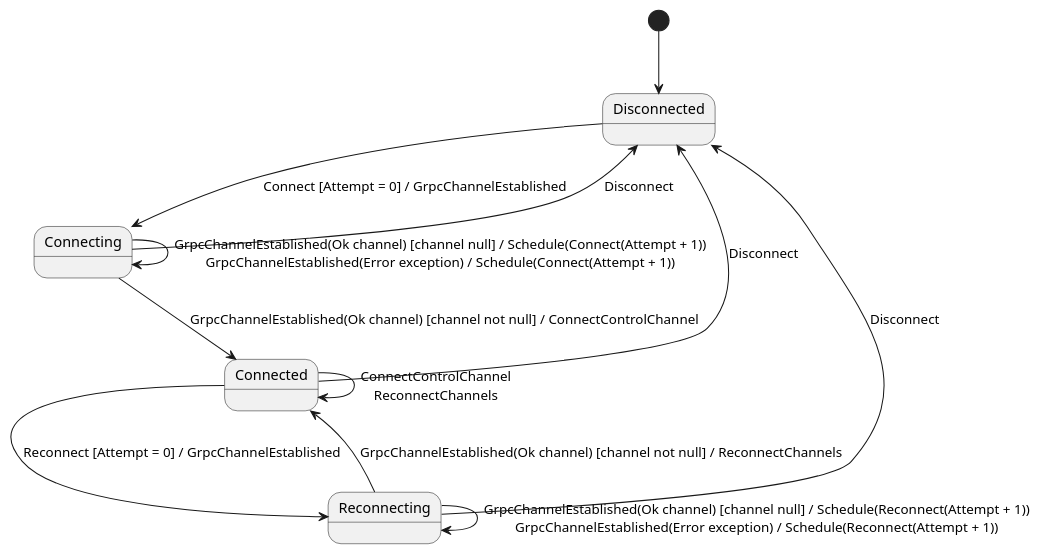
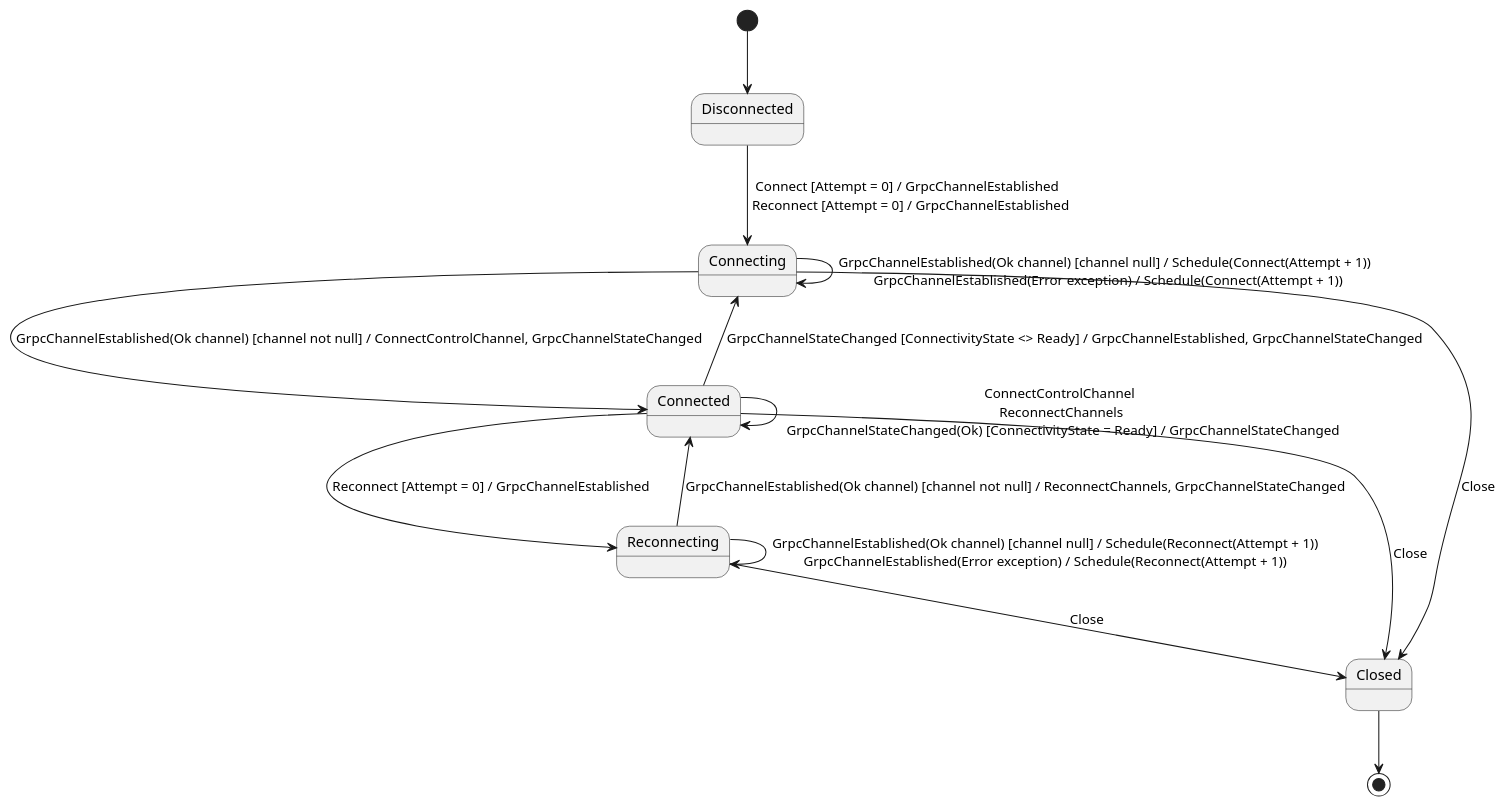
Before and after one commit to AxonIQ/axonserver-connector-dotnet: the diagram in src/AxonIQ.AxonServer.Connector/AxonServerConnectionMachine.plantuml, drawn with PlantUML. The commit also changed 39 other files, not shown here.

```diff
--- a/src/AxonIQ.AxonServer.Connector/AxonServerConnectionMachine.plantuml
+++ b/src/AxonIQ.AxonServer.Connector/AxonServerConnectionMachine.plantuml
@@ -1,13 +1,15 @@
-@startuml AxonServerConnection Statemachine
+@startuml AxonServerConnection state machine
 [*] --> Disconnected
-Disconnected --> Connecting: Connect [Attempt = 0] / GrpcChannelEstablished
-Connecting --> Connected: GrpcChannelEstablished(Ok channel) [channel not null] / ConnectControlChannel
-Connecting --> Connecting: GrpcChannelEstablished(Ok channel) [channel null] / Schedule(Connect(Attempt + 1))\nGrpcChannelEstablished(Error exception) / Schedule(Connect(Attempt + 1))
+Disconnected --> Connecting: Connect [Attempt = 0] / GrpcChannelEstablished \n Reconnect [Attempt = 0] / GrpcChannelEstablished
+Connecting --> Connected: GrpcChannelEstablished(Ok channel) [channel not null] / ConnectControlChannel, GrpcChannelStateChanged
+Connecting --> Connecting: GrpcChannelEstablished(Ok channel) [channel null] / Schedule(Connect(Attempt + 1)) \n GrpcChannelEstablished(Error exception) / Schedule(Connect(Attempt + 1))
 Connected --> Reconnecting: Reconnect [Attempt = 0] / GrpcChannelEstablished
 Reconnecting --> Reconnecting: GrpcChannelEstablished(Ok channel) [channel null] / Schedule(Reconnect(Attempt + 1))\nGrpcChannelEstablished(Error exception) / Schedule(Reconnect(Attempt + 1))
-Reconnecting --> Connected: GrpcChannelEstablished(Ok channel) [channel not null] / ReconnectChannels
-Connected --> Connected: ConnectControlChannel\nReconnectChannels
-Connected --> Disconnected: Disconnect
-Connecting --> Disconnected: Disconnect
-Reconnecting --> Disconnected: Disconnect
+Reconnecting --> Connected: GrpcChannelEstablished(Ok channel) [channel not null] / ReconnectChannels, GrpcChannelStateChanged
+Connected --> Connected: ConnectControlChannel \n ReconnectChannels \n GrpcChannelStateChanged(Ok) [ConnectivityState = Ready] / GrpcChannelStateChanged
+Connected --> Connecting: GrpcChannelStateChanged [ConnectivityState <> Ready] / GrpcChannelEstablished, GrpcChannelStateChanged
+Connected --> Closed: Close
+Connecting --> Closed: Close
+Reconnecting --> Closed: Close
+Closed --> [*]
 @enduml
```
